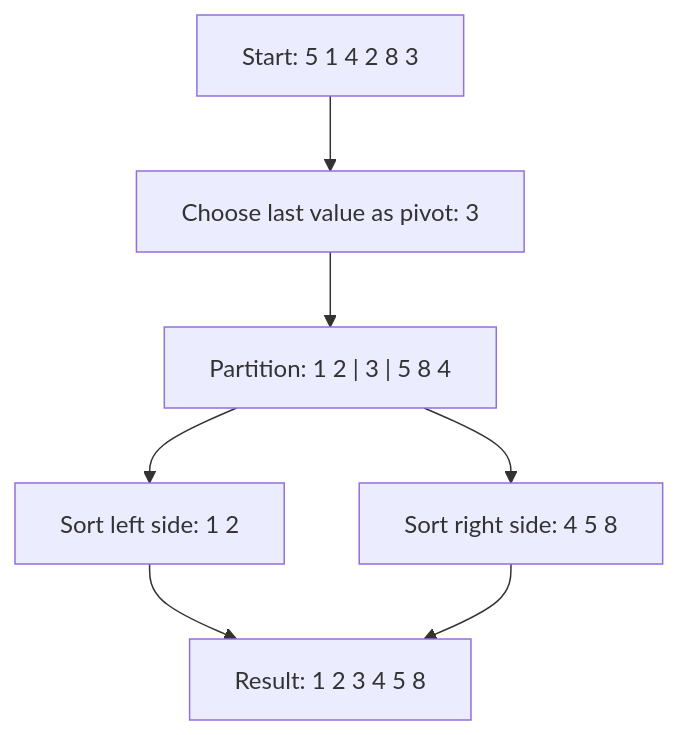
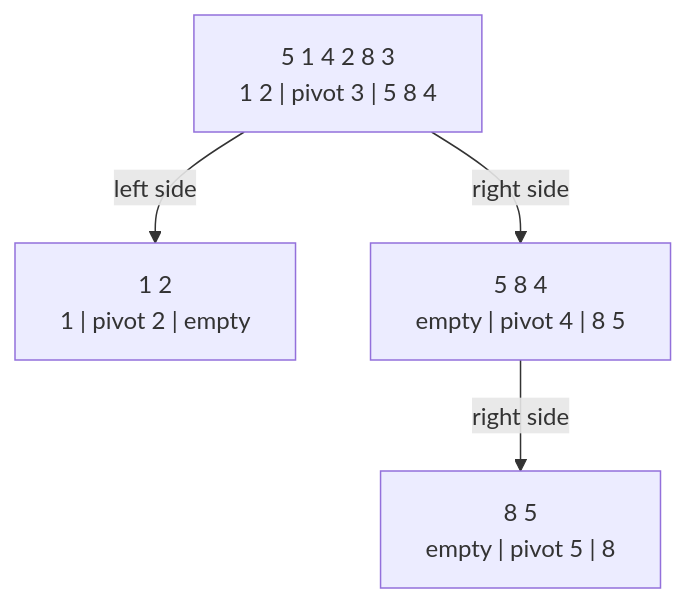
The diagram in guides/quick-sort.md (Kidpech-code/algorithms-made-clear), drawn with Mermaid before and after one commit. The commit also changed other lines of this file and 3 other files, not shown here.

````diff
--- a/guides/quick-sort.md
+++ b/guides/quick-sort.md
@@ -22,9 +54,6 @@
 ```mermaid
 flowchart TB
-    A["Start: 5 1 4 2 8 3"] --> P["Choose last value as pivot: 3"]
-    P --> Q["Partition: 1 2 | 3 | 5 8 4"]
-    Q --> L["Sort left side: 1 2"]
-    Q --> R["Sort right side: 4 5 8"]
-    L --> F["Result: 1 2 3 4 5 8"]
-    R --> F
+    A["5 1 4 2 8 3<br/>1 2 | pivot 3 | 5 8 4"] -->|left side| L["1 2<br/>1 | pivot 2 | empty"]
+    A -->|right side| R["5 8 4<br/>empty | pivot 4 | 8 5"]
+    R -->|right side| RR["8 5<br/>empty | pivot 5 | 8"]
 ```
````
